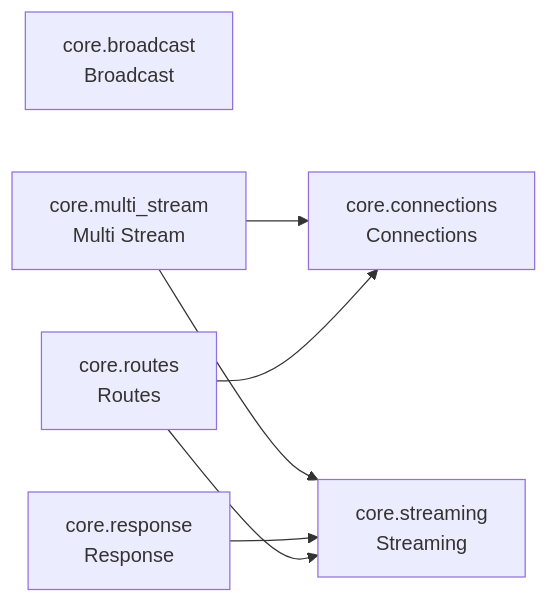
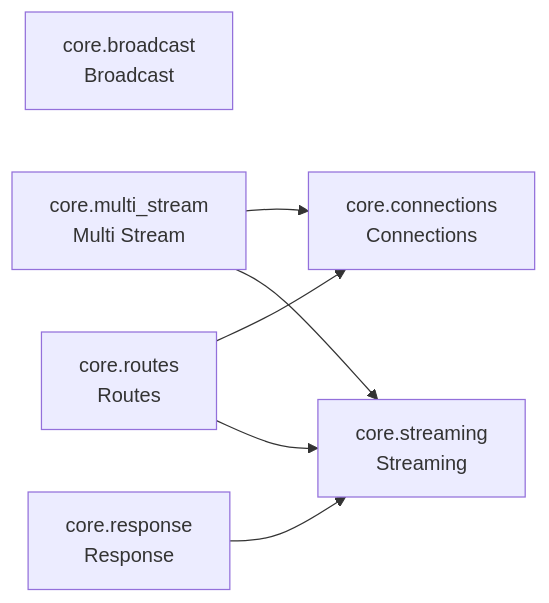
One commit to cj-mills/cjm-fasthtml-sse changed the diagram in README.md. Above: the diagram before and after it, drawn with Mermaid. The commit also changed other lines of this file and 5 other files, not shown here.

````diff
--- a/README.md
+++ b/README.md
@@ -27,15 +27,15 @@
 ``` mermaid
 graph LR
     core_broadcast[core.broadcast<br/>Broadcast]
     core_connections[core.connections<br/>Connections]
     core_multi_stream[core.multi_stream<br/>Multi Stream]
     core_response[core.response<br/>Response]
     core_routes[core.routes<br/>Routes]
     core_streaming[core.streaming<br/>Streaming]
 
     core_multi_stream --> core_connections
     core_multi_stream --> core_streaming
     core_response --> core_streaming
+    core_routes --> core_connections
     core_routes --> core_streaming
-    core_routes --> core_connections
 ```
````
